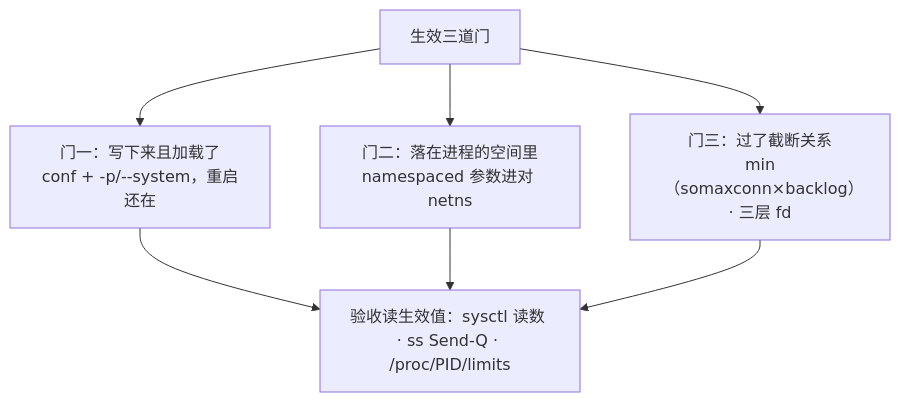
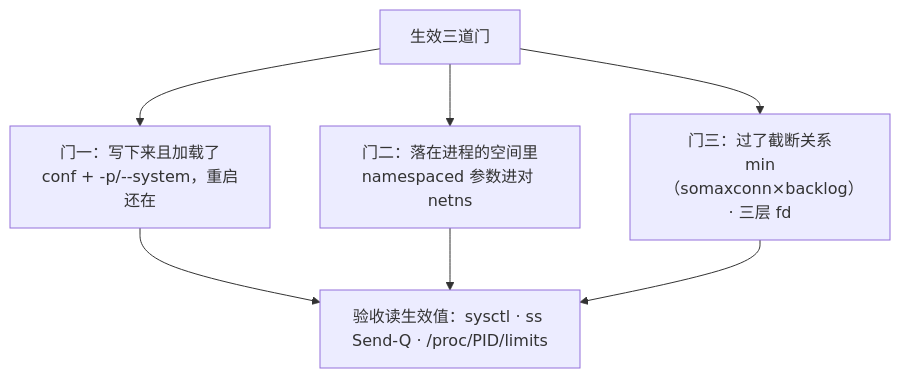
The third of 5 diagrams in 01-基础底座/24-内核参数与sysctl/知识点.md (ml-cuizijun/LearnToLilith), drawn with Mermaid before and after one commit. The commit also changed other lines of this file and 178 other files, not shown here.

````diff
--- a/01-基础底座/24-内核参数与sysctl/知识点.md
+++ b/01-基础底座/24-内核参数与sysctl/知识点.md
@@ -228,9 +236,9 @@
 ```mermaid
 flowchart TB
     A["生效三道门"] --> B["门一：写下来且加载了<br/>conf + -p/--system，重启还在"]
     A --> C["门二：落在进程的空间里<br/>namespaced 参数进对 netns"]
     A --> D["门三：过了截断关系<br/>min（somaxconn×backlog）· 三层 fd"]
-    B --> E["验收读生效值：sysctl 读数 · ss Send-Q · /proc/PID/limits"]
+    B --> E["验收读生效值：sysctl · ss Send-Q · /proc/PID/limits"]
     C --> E
     D --> E
 ```
````
